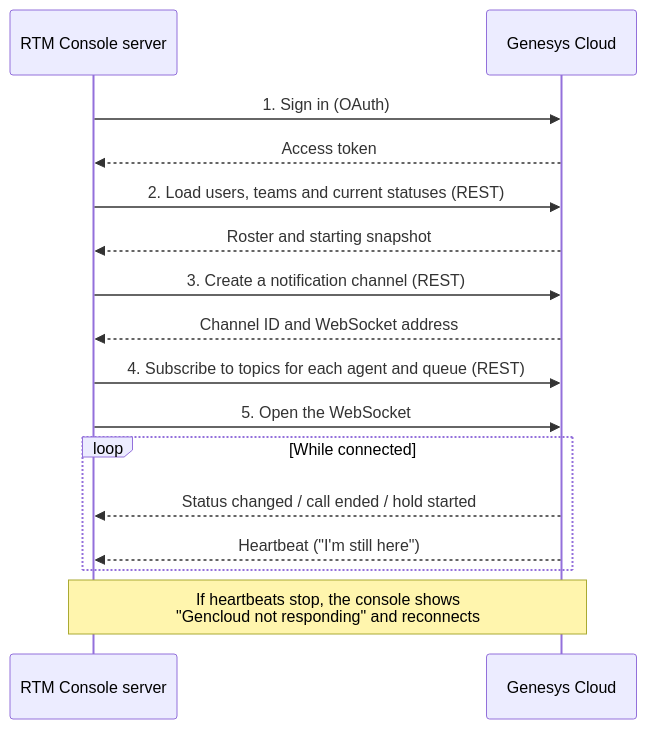
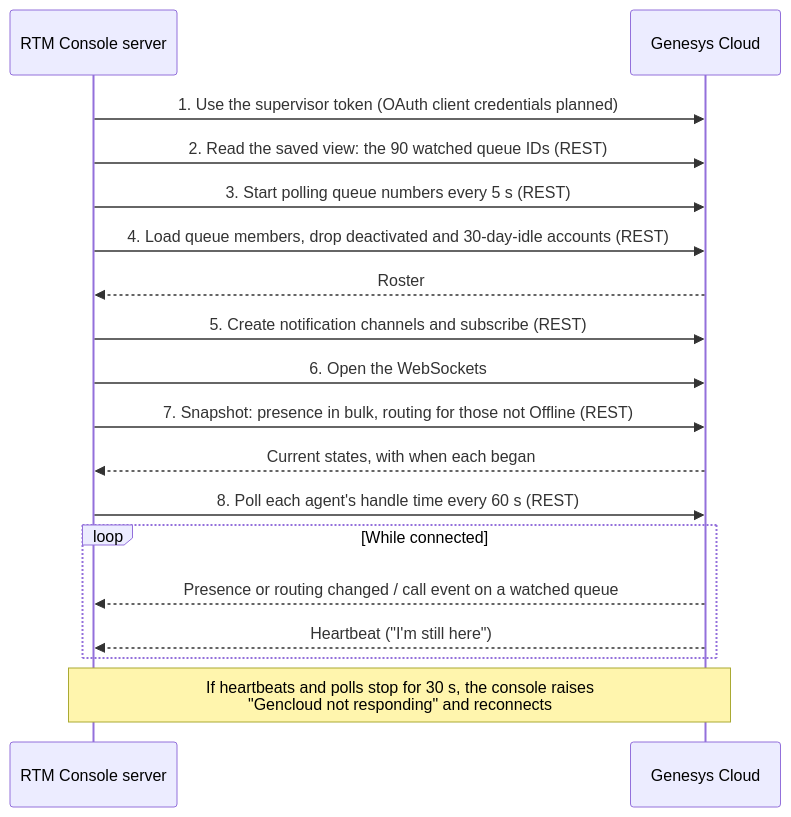
The second of 6 diagrams in docs/data-architecture.md (aishki/rtm-console), drawn with Mermaid before and after one commit. The commit also changed other lines of this file, not shown here.

First line of the commit message:
docs: bring the data architecture up to date with the live feed

````diff
--- a/docs/data-architecture.md
+++ b/docs/data-architecture.md
@@ -108,19 +108,21 @@
 ```mermaid
 sequenceDiagram
     participant C as RTM Console server
     participant G as Genesys Cloud
 
-    C->>G: 1. Sign in (OAuth)
-    G-->>C: Access token
-    C->>G: 2. Load users, teams and current statuses (REST)
-    G-->>C: Roster and starting snapshot
-    C->>G: 3. Create a notification channel (REST)
-    G-->>C: Channel ID and WebSocket address
-    C->>G: 4. Subscribe to topics for each agent and queue (REST)
-    C->>G: 5. Open the WebSocket
+    C->>G: 1. Use the supervisor token (OAuth client credentials planned)
+    C->>G: 2. Read the saved view: the 90 watched queue IDs (REST)
+    C->>G: 3. Start polling queue numbers every 5 s (REST)
+    C->>G: 4. Load queue members, drop deactivated and 30-day-idle accounts (REST)
+    G-->>C: Roster
+    C->>G: 5. Create notification channels and subscribe (REST)
+    C->>G: 6. Open the WebSockets
+    C->>G: 7. Snapshot: presence in bulk, routing for those not Offline (REST)
+    G-->>C: Current states, with when each began
+    C->>G: 8. Poll each agent's handle time every 60 s (REST)
     loop While connected
-        G-->>C: Status changed / call ended / hold started
+        G-->>C: Presence or routing changed / call event on a watched queue
         G-->>C: Heartbeat ("I'm still here")
     end
-    Note over C,G: If heartbeats stop, the console shows<br/>"Gencloud not responding" and reconnects
+    Note over C,G: If heartbeats and polls stop for 30 s, the console raises<br/>"Gencloud not responding" and reconnects
 ```
````
